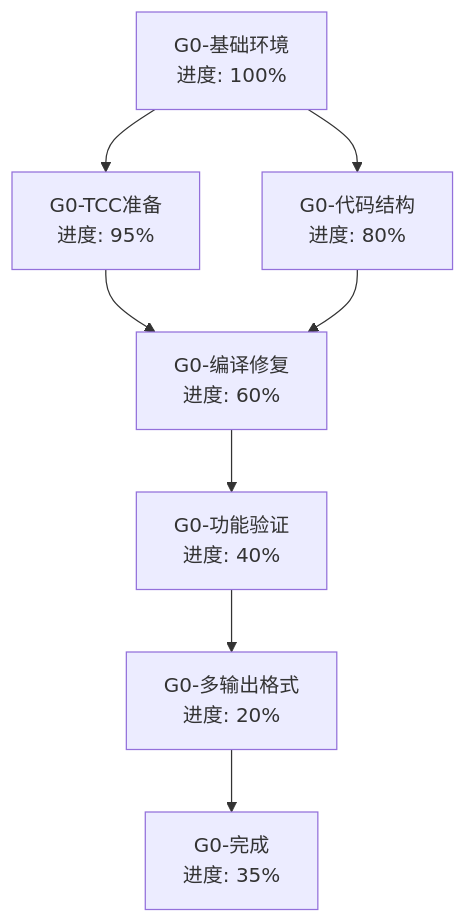
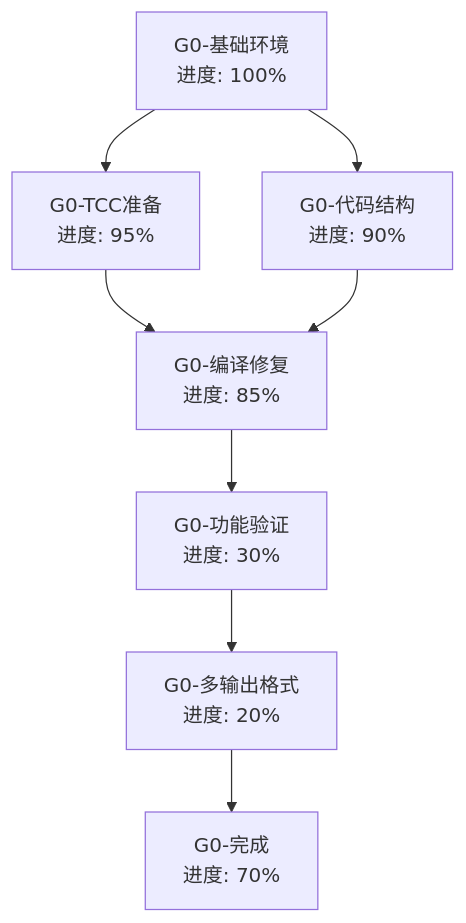
Before and after one commit to wanjochan/self-evolve-ai: the diagram in aitasker.md, drawn with Mermaid. The commit also changed other lines of this file and 1 other file, not shown here.

````diff
--- a/aitasker.md
+++ b/aitasker.md
@@ -9,18 +9,18 @@
 ```mermaid
 graph TD
     A[G0-基础环境] --> B[G0-TCC准备]
     A --> C[G0-代码结构]
     B --> D[G0-编译修复]
     C --> D
     D --> E[G0-功能验证]
     E --> F[G0-多输出格式]
     F --> G[G0-完成]
     
     A["G0-基础环境<br/>进度: 100%"]
     B["G0-TCC准备<br/>进度: 95%"]
-    C["G0-代码结构<br/>进度: 80%"]
-    D["G0-编译修复<br/>进度: 60%"]
-    E["G0-功能验证<br/>进度: 40%"]
+    C["G0-代码结构<br/>进度: 90%"]
+    D["G0-编译修复<br/>进度: 85%"]
+    E["G0-功能验证<br/>进度: 30%"]
     F["G0-多输出格式<br/>进度: 20%"]
-    G["G0-完成<br/>进度: 35%"]
+    G["G0-完成<br/>进度: 70%"]
 ```
````
